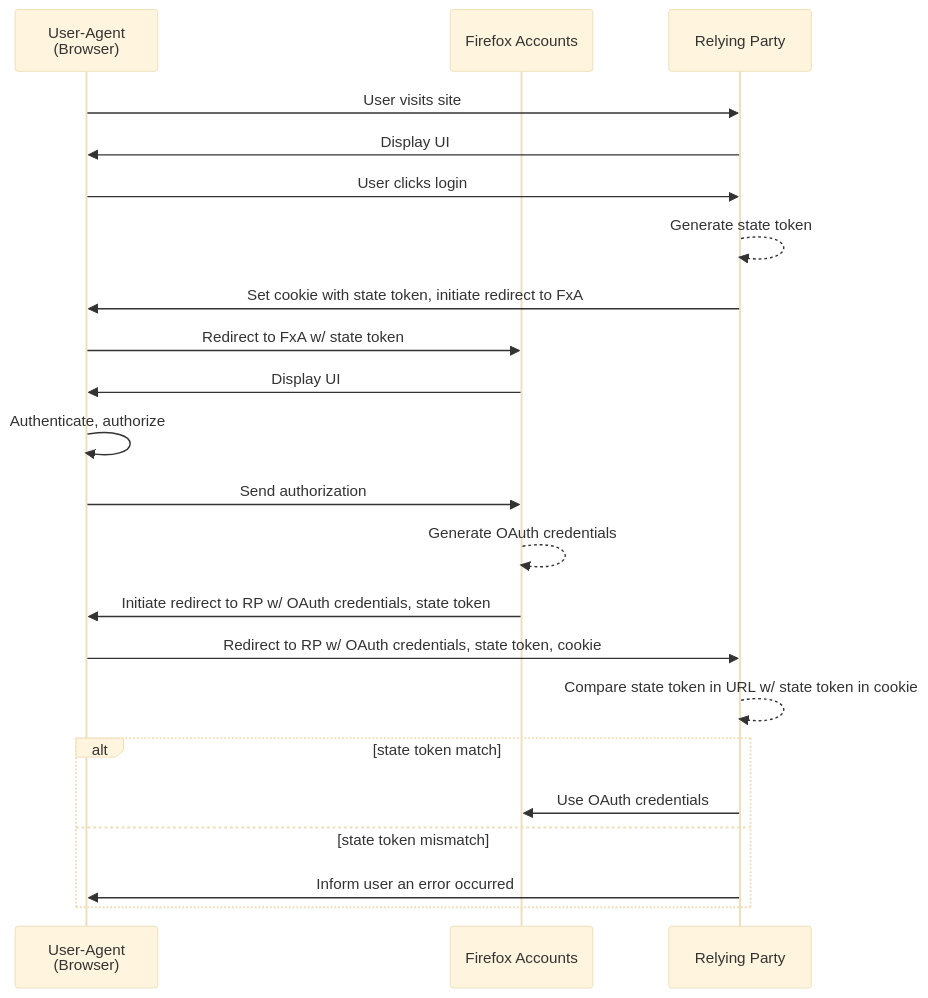
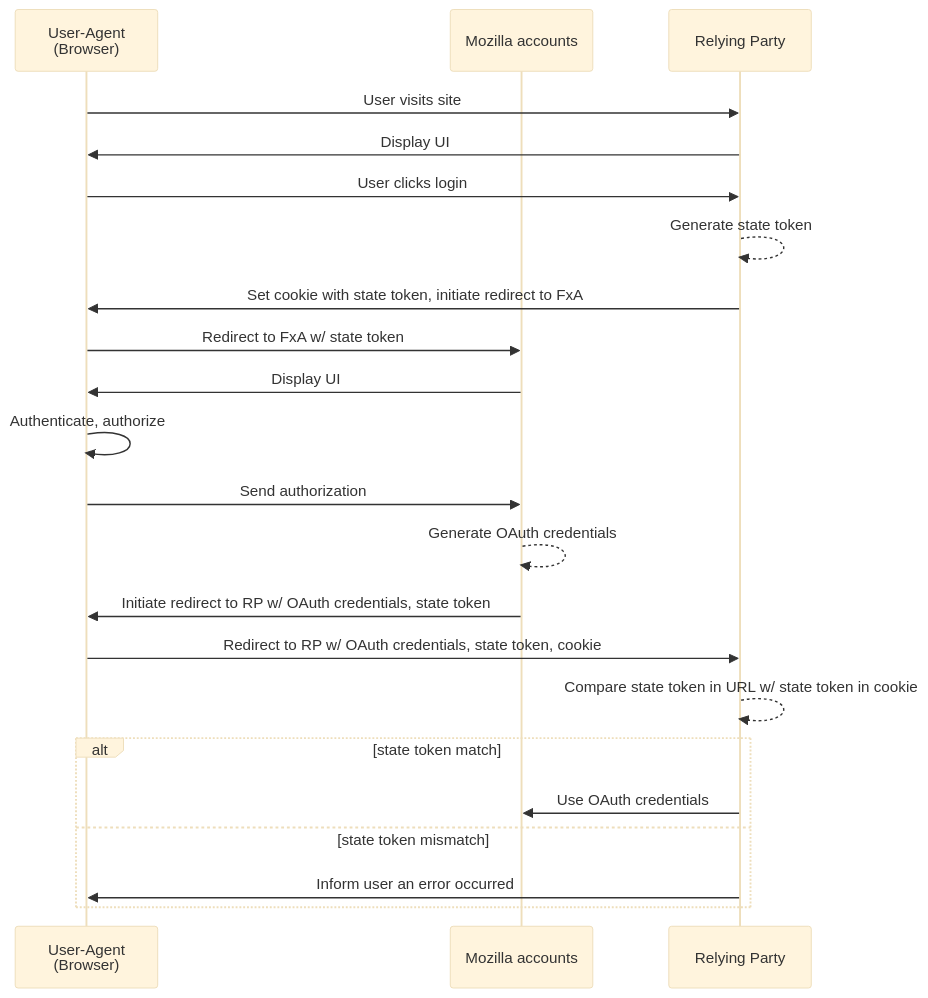
The diagram in docs/relying-parties/tutorials/integrating-with-fxa.md (mozilla/ecosystem-platform), drawn with Mermaid (base theme) before and after one commit. The commit also changed other lines of this file and 32 other files, not shown here.

Commit message:
s/Firefox Accounts/Mozilla accounts/

````diff
--- a/docs/relying-parties/tutorials/integrating-with-fxa.md
+++ b/docs/relying-parties/tutorials/integrating-with-fxa.md
@@ -232,25 +232,25 @@
 ```mermaid
 sequenceDiagram
 participant UA as User-Agent<br>(Browser)
-participant FxA as Firefox Accounts
+participant FxA as Mozilla accounts
 participant RP as Relying Party
 
 UA->>RP: User visits site
 RP->>UA: Display UI
 UA->>RP: User clicks login
 RP-->>RP: Generate state token
 RP->>UA: Set cookie with state token, initiate redirect to FxA
 UA->>FxA: Redirect to FxA w/ state token
 FxA->>UA: Display UI
 UA->>UA: Authenticate, authorize
 UA->>FxA: Send authorization
 FxA-->>FxA: Generate OAuth credentials
 FxA->>UA: Initiate redirect to RP w/ OAuth credentials, state token
 UA->>RP: Redirect to RP w/ OAuth credentials, state token, cookie
 RP-->>RP: Compare state token in URL w/ state token in cookie
 alt state token match
   RP->>FxA: Use OAuth credentials
 else state token mismatch
   RP->>UA: Inform user an error occurred
 end
 ```
````
